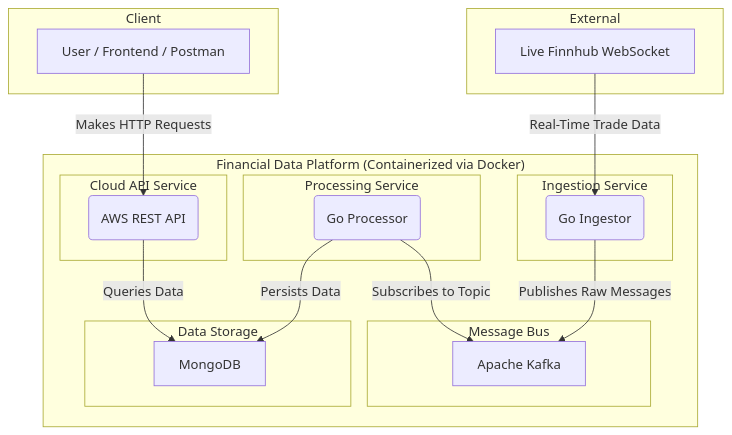
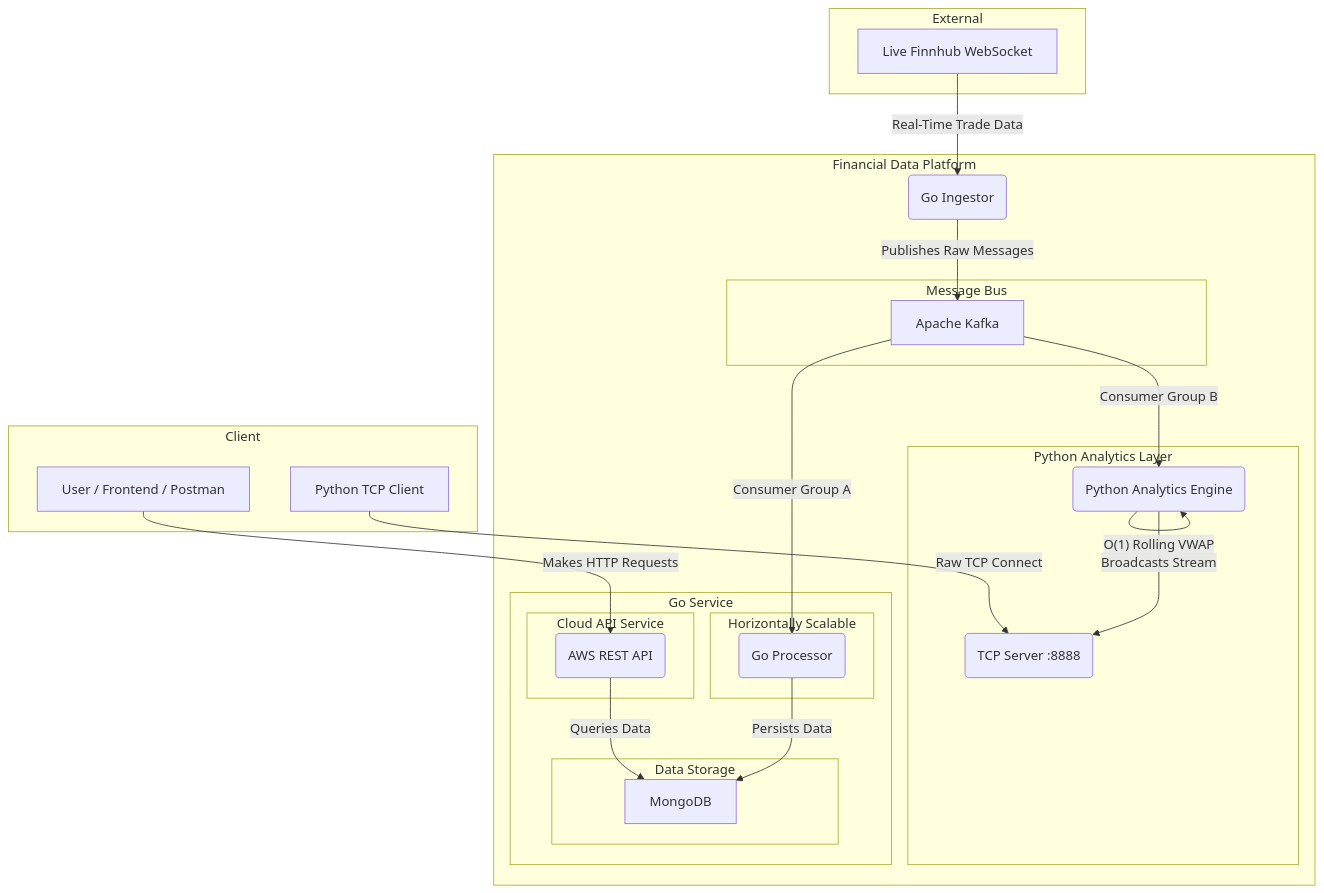
Before and after one commit to WillSyd2023/financial-data-backend-2: the diagram in README.md, drawn with Mermaid. The commit also changed other lines of this file, not shown here.

Commit message:
feat: new README diagram

````diff
--- a/README.md
+++ b/README.md
@@ -17,35 +21,45 @@
 ```mermaid
 graph TD
     subgraph External
         A[Live Finnhub WebSocket]
     end
 
-    subgraph "Financial Data Platform (Containerized via Docker)"
-        subgraph "Ingestion Service"
-            B(Go Ingestor)
-        end
+    subgraph "Financial Data Platform"
+        B(Go Ingestor)
         subgraph "Message Bus"
             C[Apache Kafka]
         end
-        subgraph "Processing Service"
-            D(Go Processor)
+        subgraph "Go Service"
+            subgraph "Horizontally Scalable"
+                D(Go Processor)
+            end
+            subgraph "Data Storage"
+                E[MongoDB]
+            end
+            subgraph "Cloud API Service"
+                F(AWS REST API)
+            end
         end
-        subgraph "Data Storage"
-            E[MongoDB]
-        end
-        subgraph "Cloud API Service"
-            F(AWS REST API)
+        subgraph "Python Analytics Layer"
+            H(Python Analytics Engine)
+            I(TCP Server :8888)
         end
     end
 
     subgraph Client
         G[User / Frontend / Postman]
+        J[Python TCP Client]
     end
 
     A -- Real-Time Trade Data --> B
     B -- Publishes Raw Messages --> C
-    D -- Subscribes to Topic --> C
+    C -- Consumer Group A --> D
     D -- Persists Data --> E
     F -- Queries Data --> E
     G -- Makes HTTP Requests --> F
+
+    C -- Consumer Group B --> H
+    H -- O(1) Rolling VWAP --> H
+    H -- Broadcasts Stream --> I
+    J -- Raw TCP Connect --> I
 ```
````
